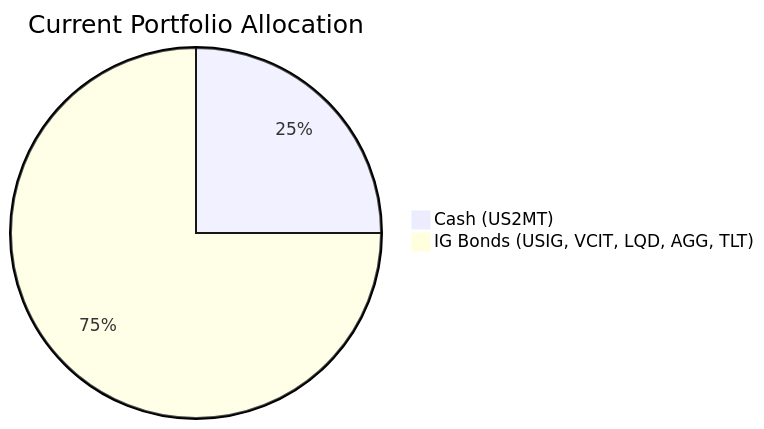
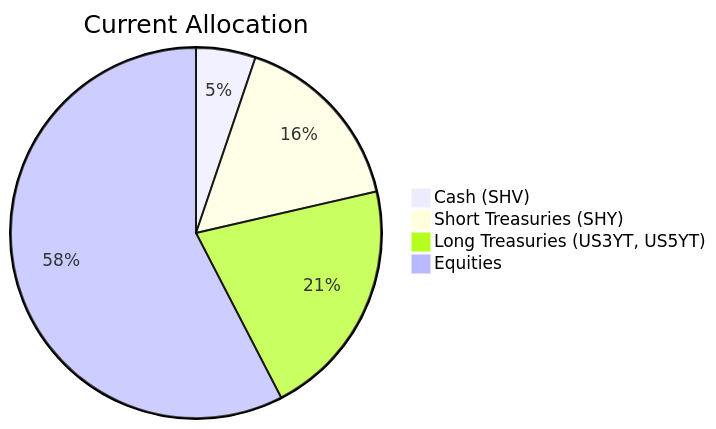
Before and after one commit to roger249/Bot-collaboration: diagram 11 of 20 in docs/sample outputs/product_investor_matching-deepseek-v4-flash.md, drawn with Mermaid. The commit also changed other lines of this file and 20 other files, not shown here.

````diff
--- a/docs/sample outputs/product_investor_matching-deepseek-v4-flash.md
+++ b/docs/sample outputs/product_investor_matching-deepseek-v4-flash.md
@@ -274,5 +233,7 @@
 ```mermaid
-pie title Current Portfolio Allocation
-    "Cash (US2MT)" : 25
-    "IG Bonds (USIG, VCIT, LQD, AGG, TLT)" : 75
+pie title Current Allocation
+    "Cash (SHV)" : 5.2
+    "Short Treasuries (SHY)" : 16.2
+    "Long Treasuries (US3YT, US5YT)" : 21.0
+    "Equities" : 57.6
 ```
````
